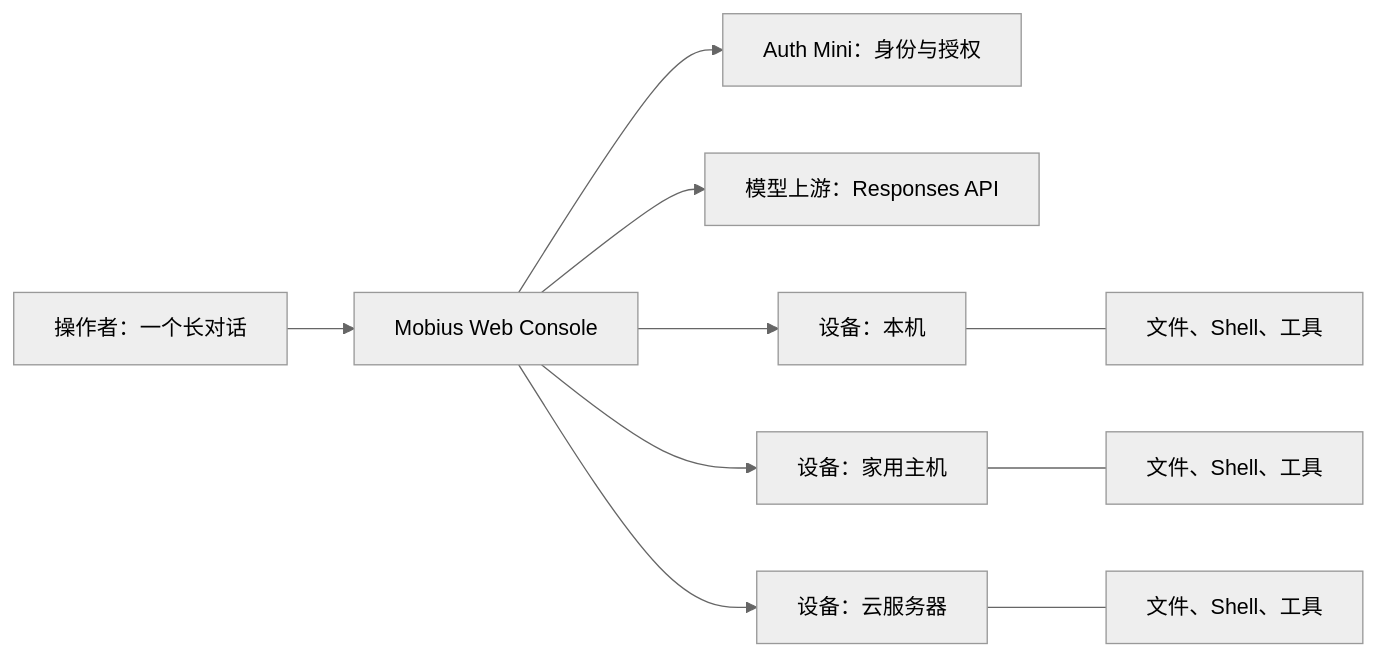
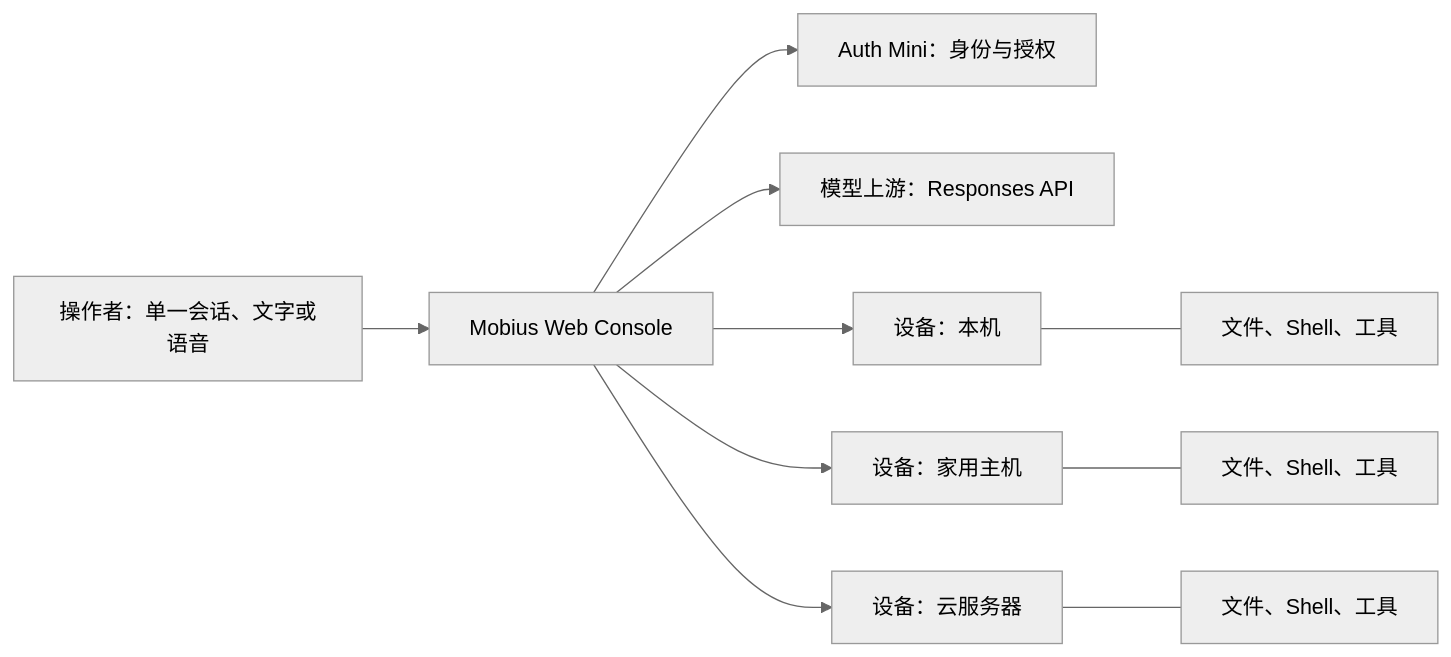
One commit to zccz14/cybion changed the first of 2 diagrams in README.md. Above: the diagram before and after it, drawn with Mermaid (neutral theme). The commit also changed other lines of this file, not shown here.

````diff
--- a/README.md
+++ b/README.md
@@ -67,12 +71,12 @@
 ```mermaid
 flowchart LR
-  U["操作者：一个长对话"] --> W["Mobius Web Console"]
+  U["操作者：单一会话、文字或语音"] --> W["Mobius Web Console"]
   W --> A["Auth Mini：身份与授权"]
   W --> M["模型上游：Responses API"]
   W --> D1["设备：本机"]
   W --> D2["设备：家用主机"]
   W --> D3["设备：云服务器"]
   D1 --- F1["文件、Shell、工具"]
   D2 --- F2["文件、Shell、工具"]
   D3 --- F3["文件、Shell、工具"]
 ```
````
